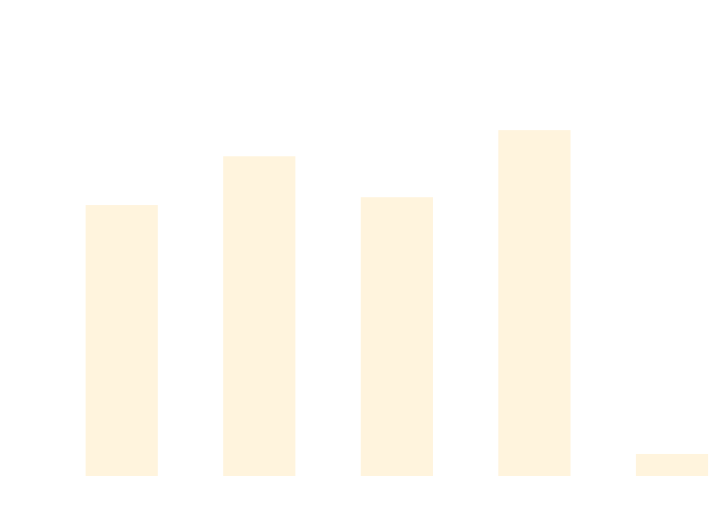
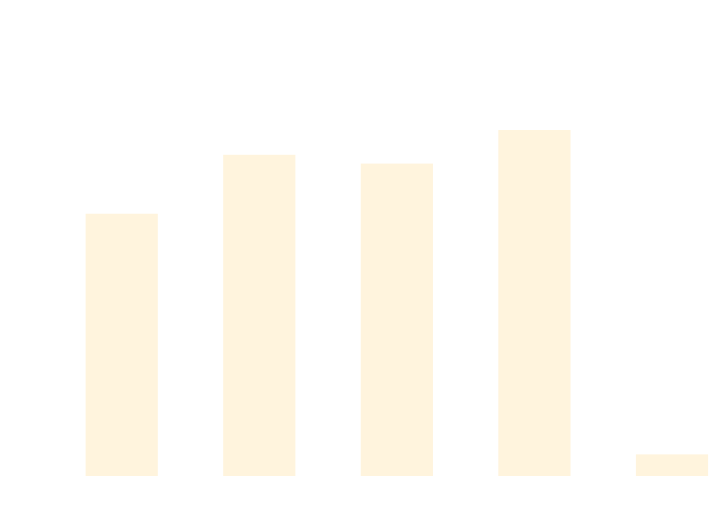
Before and after one commit to thomhurst/TUnit: the diagram in docs/docs/benchmarks/DataDrivenTests.md, drawn with Mermaid. The commit also changed other lines of this file and 17 other files, not shown here.

````diff
--- a/docs/docs/benchmarks/DataDrivenTests.md
+++ b/docs/docs/benchmarks/DataDrivenTests.md
@@ -27,37 +27,37 @@
 ```mermaid
 %%{init: {
   'theme':'base',
   'themeVariables': {
     'primaryColor': '#2563eb',
     'primaryTextColor': '#ffffff',
     'primaryBorderColor': '#1e40af',
     'lineColor': '#6b7280',
     'secondaryColor': '#7c3aed',
     'tertiaryColor': '#dc2626',
     'background': '#ffffff',
     'mainBkg': '#2563eb',
     'secondBkg': '#7c3aed',
     'tertiaryBkg': '#dc2626',
     'clusterBkg': '#f3f4f6',
     'edgeLabelBackground': '#ffffff',
     'tertiaryTextColor': '#1f2937',
     'pie1': '#2563eb',
     'pie2': '#7c3aed',
     'pie3': '#dc2626',
     'pie4': '#f59e0b',
     'pie5': '#10b981',
     'pie6': '#06b6d4',
     'pie7': '#ec4899',
     'pie8': '#6366f1',
     'pie9': '#84cc16',
     'pie10': '#f97316',
     'pie11': '#14b8a6',
     'pie12': '#a855f7'
   }
 }}%%
 xychart-beta
   title "DataDrivenTests Performance Comparison"
   x-axis ["TUnit", "NUnit", "MSTest", "xUnit3", "TUnit_AOT"]
-  y-axis "Time (ms)" 0 --> 702
-  bar [454.86, 539.45, 468.49, 584.76, 23.49]
+  y-axis "Time (ms)" 0 --> 745
+  bar [466.79, 575.24, 559.06, 620.81, 24.12]
 ```
````
